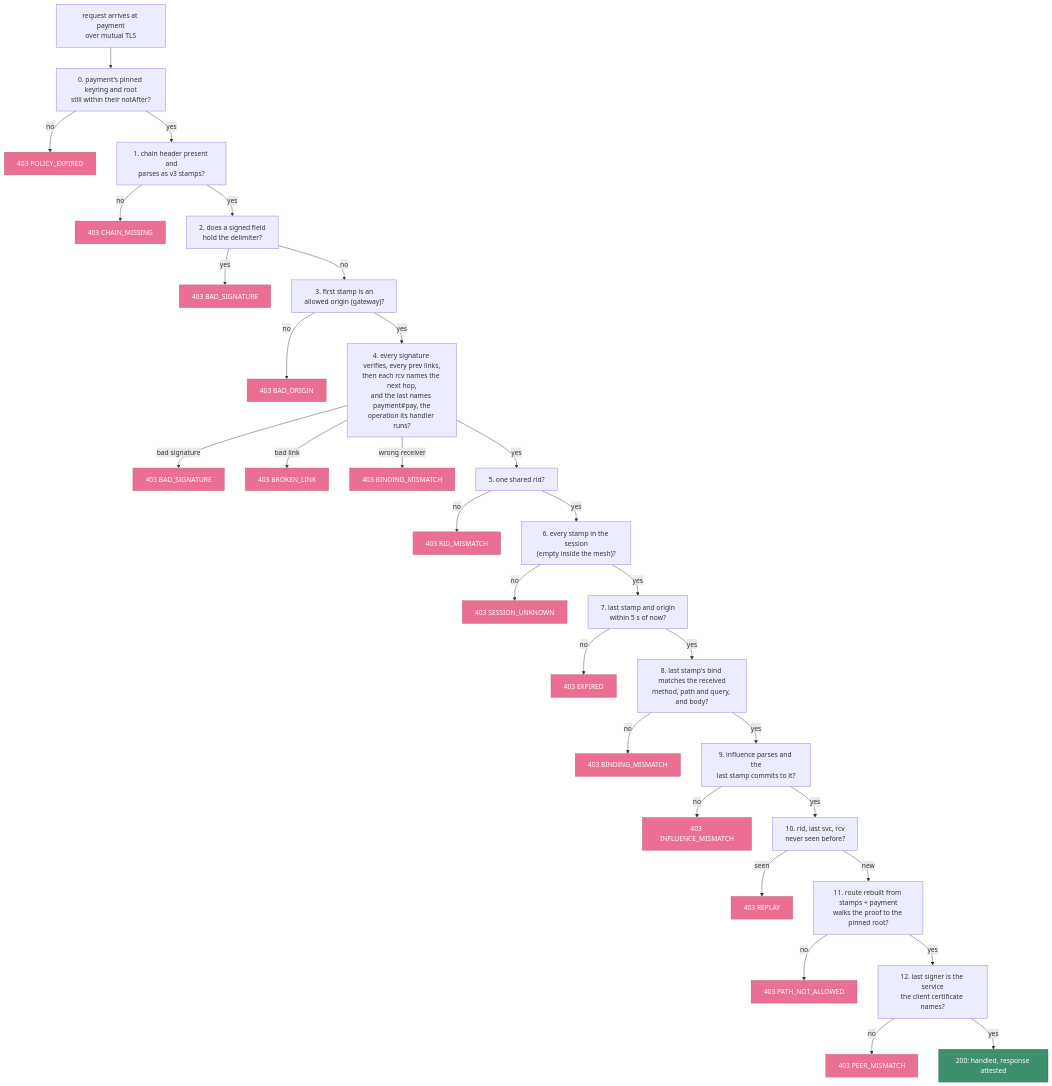
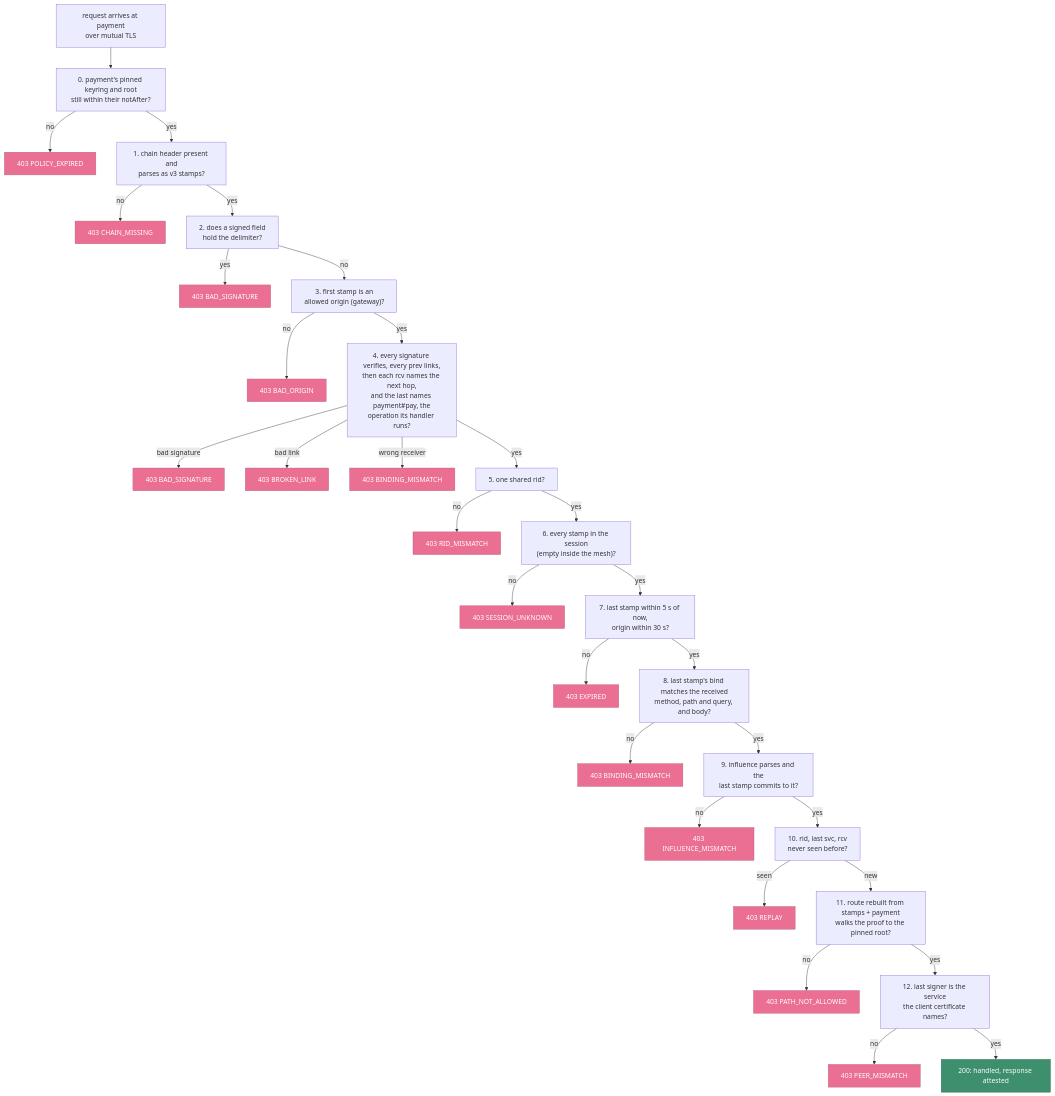
One commit to dumbsly/paztport changed the fifth of 7 diagrams in poc-demos/java-mesh/README.md. Above: the diagram before and after it, drawn with Mermaid. The commit also changed 2 other files, not shown here.

Commit message:
docs: correct the replay lifetime, run windows and Java's json.json replay

````diff
--- a/poc-demos/java-mesh/README.md
+++ b/poc-demos/java-mesh/README.md
@@ -379,37 +379,37 @@
 ```mermaid
 flowchart TD
     A["request arrives at payment<br/>over mutual TLS"] --> S0["0. payment's pinned keyring and root<br/>still within their notAfter?"]
     S0 -->|no| R0["403 POLICY_EXPIRED"]
     S0 -->|yes| S1["1. chain header present and<br/>parses as v3 stamps?"]
     S1 -->|no| R1["403 CHAIN_MISSING"]
     S1 -->|yes| S2["2. does a signed field<br/>hold the delimiter?"]
     S2 -->|yes| R2["403 BAD_SIGNATURE"]
     S2 -->|no| S3["3. first stamp is an<br/>allowed origin (gateway)?"]
     S3 -->|no| R3["403 BAD_ORIGIN"]
     S3 -->|yes| S4["4. every signature verifies, every prev links,<br/>then each rcv names the next hop,<br/>and the last names payment#pay, the<br/>operation its handler runs?"]
     S4 -->|bad signature| R4a["403 BAD_SIGNATURE"]
     S4 -->|bad link| R4b["403 BROKEN_LINK"]
     S4 -->|wrong receiver| R4c["403 BINDING_MISMATCH"]
     S4 -->|yes| S5["5. one shared rid?"]
     S5 -->|no| R5["403 RID_MISMATCH"]
     S5 -->|yes| S6["6. every stamp in the session<br/>(empty inside the mesh)?"]
     S6 -->|no| R6["403 SESSION_UNKNOWN"]
-    S6 -->|yes| S7["7. last stamp and origin<br/>within 5 s of now?"]
+    S6 -->|yes| S7["7. last stamp within 5 s of now,<br/>origin within 30 s?"]
     S7 -->|no| R7["403 EXPIRED"]
     S7 -->|yes| S8["8. last stamp's bind matches the received<br/>method, path and query, and body?"]
     S8 -->|no| R8["403 BINDING_MISMATCH"]
     S8 -->|yes| S9["9. influence parses and the<br/>last stamp commits to it?"]
     S9 -->|no| R9["403 INFLUENCE_MISMATCH"]
     S9 -->|yes| S10["10. rid, last svc, rcv<br/>never seen before?"]
     S10 -->|seen| R10["403 REPLAY"]
     S10 -->|new| S11["11. route rebuilt from stamps + payment<br/>walks the proof to the pinned root?"]
     S11 -->|no| R11["403 PATH_NOT_ALLOWED"]
     S11 -->|yes| S12["12. last signer is the service<br/>the client certificate names?"]
     S12 -->|no| R12["403 PEER_MISMATCH"]
     S12 -->|yes| OK["200: handled, response attested"]
 
     classDef reject fill:#eb6f92,stroke:#b4637a,color:#ffffff
     classDef pass fill:#3e8f6e,stroke:#2a6b52,color:#ffffff
     class R0,R1,R2,R3,R4a,R4b,R4c,R5,R6,R7,R8,R9,R10,R11,R12 reject
     class OK pass
 ```
````
